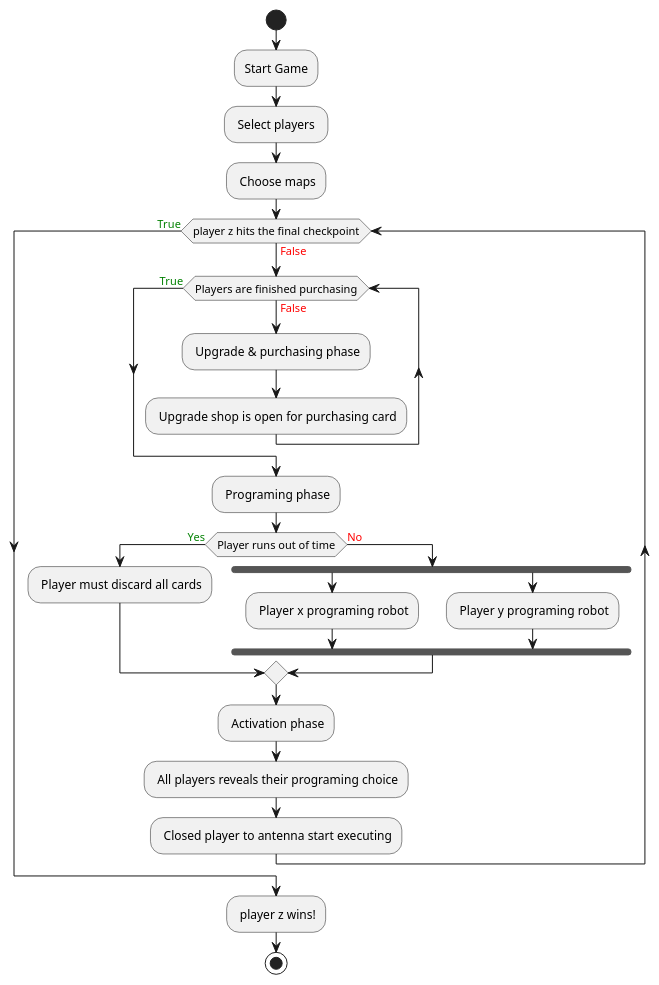
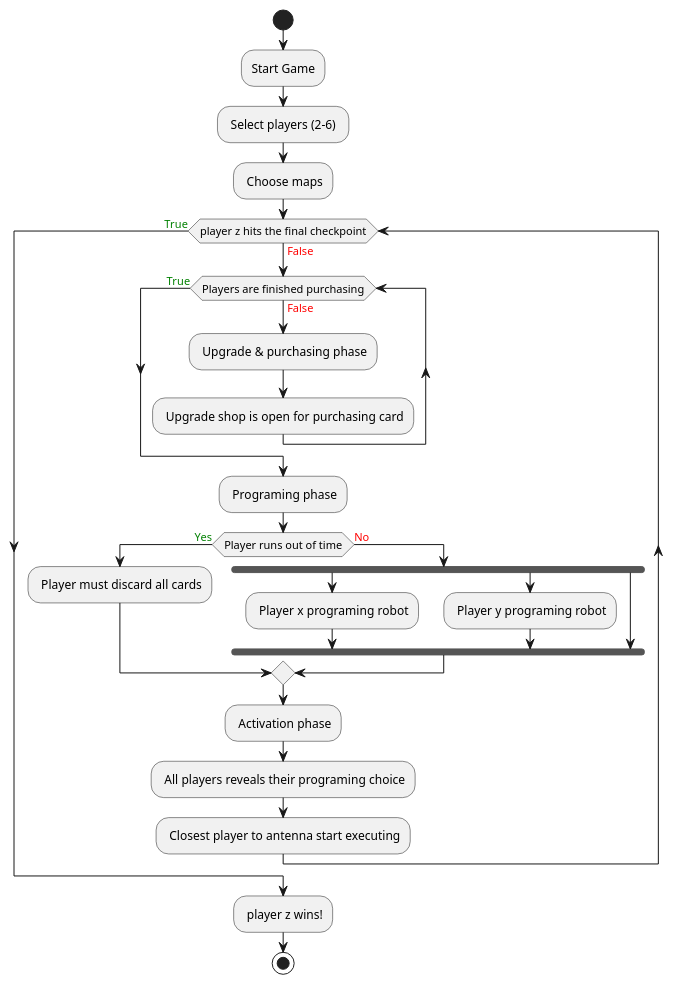
The diagram in diagrams/Activity diagram.puml (MikaelFangel/RoboRally), drawn with PlantUML before and after one commit. The commit also changed 1 other file, not shown here.

Commit message:
Activity diagram upgrade phase created & update on Activity diagram.puml

```diff
--- a/diagrams/Activity diagram.puml
+++ b/diagrams/Activity diagram.puml
@@ -1,43 +1,45 @@
 @startuml
 'https://plantuml.com/activity-diagram-beta
 
 start
 :Start Game;
-: Select players ;
+: Select players (2-6) ;
 : Choose maps;
 while (player z hits the final checkpoint) is (<color:red>False)
 while (Players are finished purchasing) is (<color:red>False)
 : Upgrade & purchasing phase;
 : Upgrade shop is open for purchasing card;
 
 endwhile (<color:green>True)
 : Programing phase;
 if (Player runs out of time) then (<color:green>Yes)
 : Player must discard all cards;
 else (<color:red>No)
 fork
 
 : Player x programing robot;
 
 fork again
 : Player y programing robot;
+fork again
+
 
 
 end fork
 endif
 
 : Activation phase;
 : All players reveals their programing choice;
-: Closed player to antenna start executing;
+: Closest player to antenna start executing;
 
 endwhile (<color:green>True);
 : player z wins!;
 stop
 
 
 
 
 
 
 
 @enduml
```
